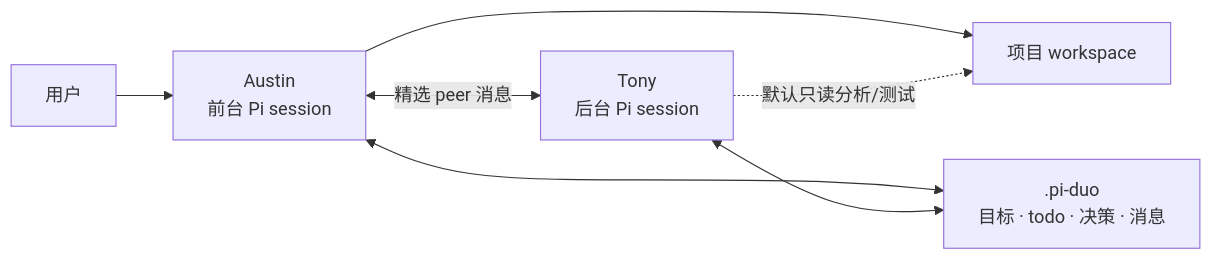
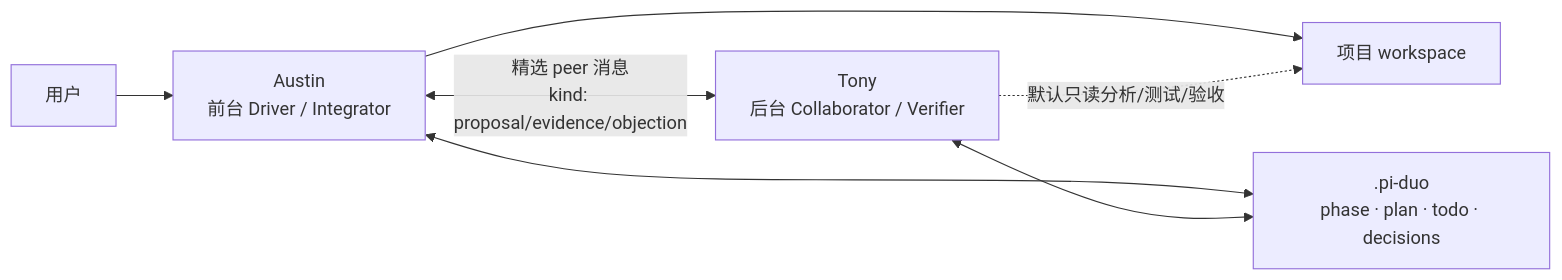
The diagram in README.md (atfa/pi-duo), drawn with Mermaid before and after one commit. The commit also changed other lines of this file and 7 other files, not shown here.

````diff
--- a/README.md
+++ b/README.md
@@ -32,9 +46,9 @@
 ```mermaid
 flowchart LR
-    U[用户] --> A[Austin\n前台 Pi session]
-    A <-->|精选 peer 消息| T[Tony\n后台 Pi session]
+    U[用户] --> A[Austin\n前台 Driver / Integrator]
+    A <-->|精选 peer 消息\nkind: proposal/evidence/objection| T[Tony\n后台 Collaborator / Verifier]
     A --> W[项目 workspace]
-    T -. 默认只读分析/测试 .-> W
-    A <--> S[.pi-duo\n目标 · todo · 决策 · 消息]
+    T -. 默认只读分析/测试/验收 .-> W
+    A <--> S[.pi-duo\nphase · plan · todo · decisions]
     T <--> S
 ```
````
